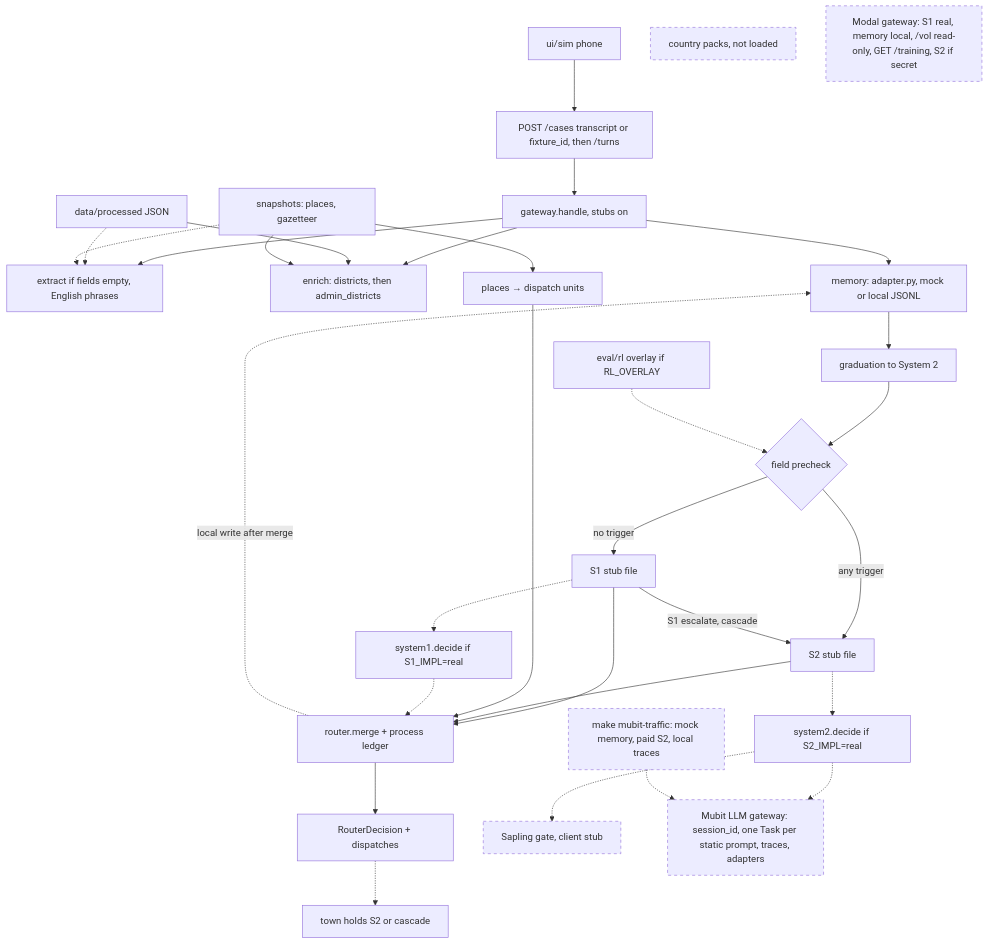
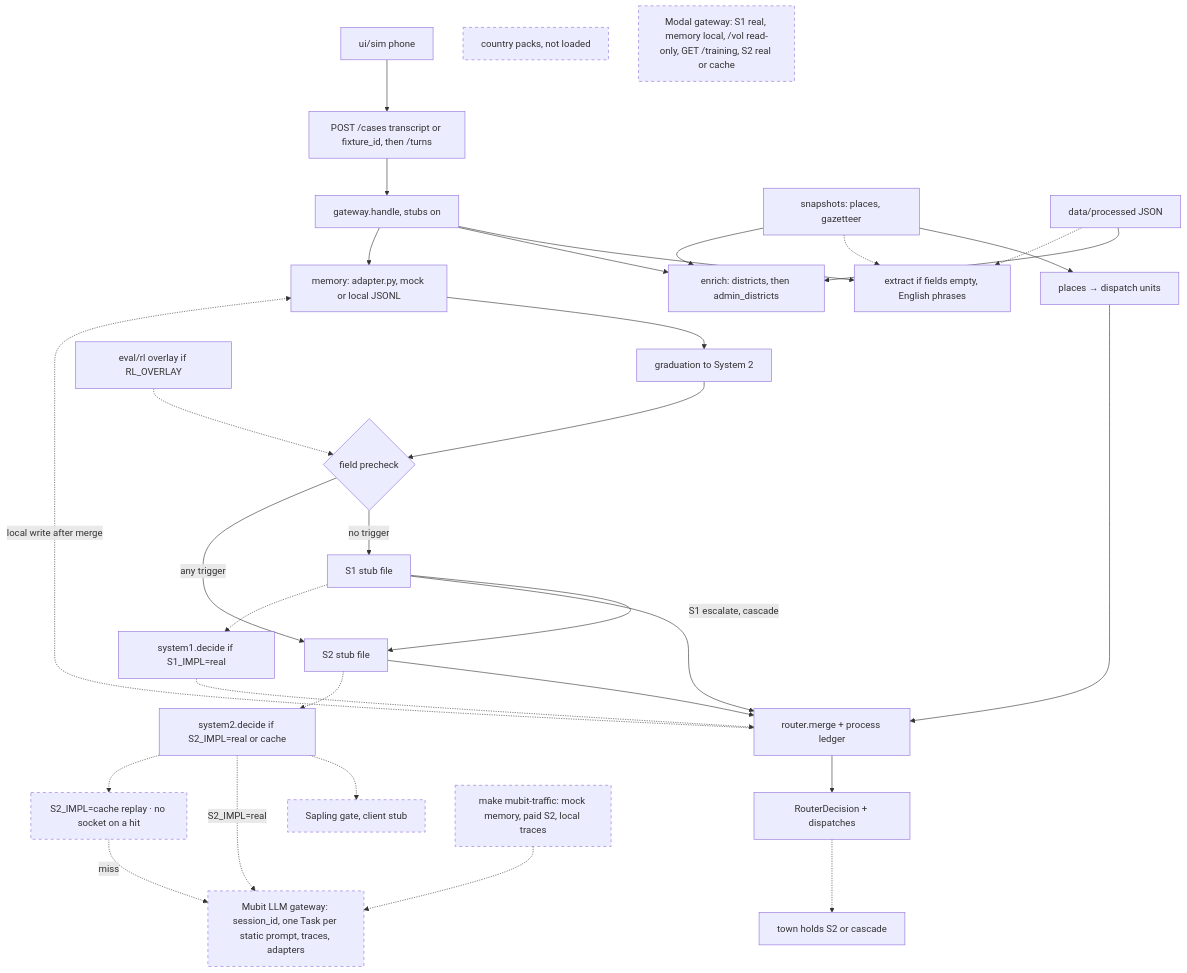
The first of 3 diagrams in BaanSafe_Revised_Architecture.md (melaniepreen/Baan-Safe), drawn with Mermaid before and after one commit. The commit also changed other lines of this file and 2 other files, not shown here.

First line of the commit message:
docs: refresh architecture diagram (d4ea404)

````diff
--- a/BaanSafe_Revised_Architecture.md
+++ b/BaanSafe_Revised_Architecture.md
@@ -20,35 +20,37 @@
 ```mermaid
 flowchart TD
   classDef unwired stroke-dasharray: 5 5
   phone["ui/sim phone"] --> turns["POST /cases transcript or fixture_id, then /turns"]
   turns --> gw["gateway.handle, stubs on"]
   gw --> extract["extract if fields empty, English phrases"]
   gw --> enrich["enrich: districts, then admin_districts"]
   gw --> mem["memory: adapter.py, mock or local JSONL"]
   mem --> grad["graduation to System 2"]
   grad --> pick{"field precheck"}
   pick -->|no trigger| s1["S1 stub file"]
   pick -->|any trigger| s2["S2 stub file"]
   s1 -->|"S1 escalate, cascade"| s2
   ov["eval/rl overlay if RL_OVERLAY"] -.-> pick
   s1 --> merge["router.merge + process ledger"]
   s2 --> merge
   merge -.->|"local write after merge"| mem
   snap["snapshots: places, gazetteer"] --> places["places → dispatch units"]
   places --> merge
   proc["data/processed JSON"] --> enrich
   proc -.-> extract
   snap -.-> extract
   snap --> enrich
   merge --> out["RouterDecision + dispatches"]
   out -.-> hold["town holds S2 or cascade"]
   s1 -.-> rules["system1.decide if S1_IMPL=real"]
   rules -.-> merge
-  s2 -.-> s2d["system2.decide if S2_IMPL=real"]
+  s2 -.-> s2d["system2.decide if S2_IMPL=real or cache"]
   s2d -.-> sap["Sapling gate, client stub"]:::unwired
-  s2d -.-> llm["Mubit LLM gateway: session_id, one Task per static prompt, traces, adapters"]:::unwired
+  s2d -.->|"S2_IMPL=real"| llm["Mubit LLM gateway: session_id, one Task per static prompt, traces, adapters"]:::unwired
+  s2d -.-> scache["S2_IMPL=cache replay · no socket on a hit"]:::unwired
+  scache -.->|"miss"| llm
   traffic["make mubit-traffic: mock memory, paid S2, local traces"]:::unwired
   traffic -.-> llm
   packs["country packs, not loaded"]:::unwired
-  modal["Modal gateway: S1 real, memory local, /vol read-only, GET /training, S2 if secret"]:::unwired
+  modal["Modal gateway: S1 real, memory local, /vol read-only, GET /training, S2 real or cache"]:::unwired
 ```
````
